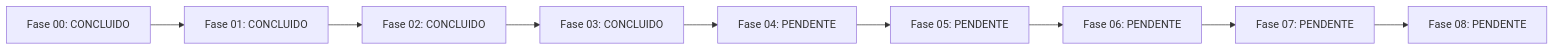
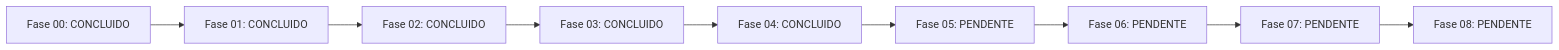
One commit to jhsfhtls/dbt-dataops-governance-engine changed the diagram in JORNADA_IMPLEMENTACAO.md. Above: the diagram before and after it, drawn with Mermaid. The commit also changed other lines of this file and 9 other files, not shown here.

````diff
--- a/JORNADA_IMPLEMENTACAO.md
+++ b/JORNADA_IMPLEMENTACAO.md
@@ -24,20 +24,20 @@
 ```mermaid
 flowchart LR
     P00["Fase 00: CONCLUIDO"]
     P01["Fase 01: CONCLUIDO"]
     P02["Fase 02: CONCLUIDO"]
     P03["Fase 03: CONCLUIDO"]
-    P04["Fase 04: PENDENTE"]
+    P04["Fase 04: CONCLUIDO"]
     P05["Fase 05: PENDENTE"]
     P06["Fase 06: PENDENTE"]
     P07["Fase 07: PENDENTE"]
     P08["Fase 08: PENDENTE"]
     P00 --> P01
     P01 --> P02
     P02 --> P03
     P03 --> P04
     P04 --> P05
     P05 --> P06
     P06 --> P07
     P07 --> P08
 ```
````
